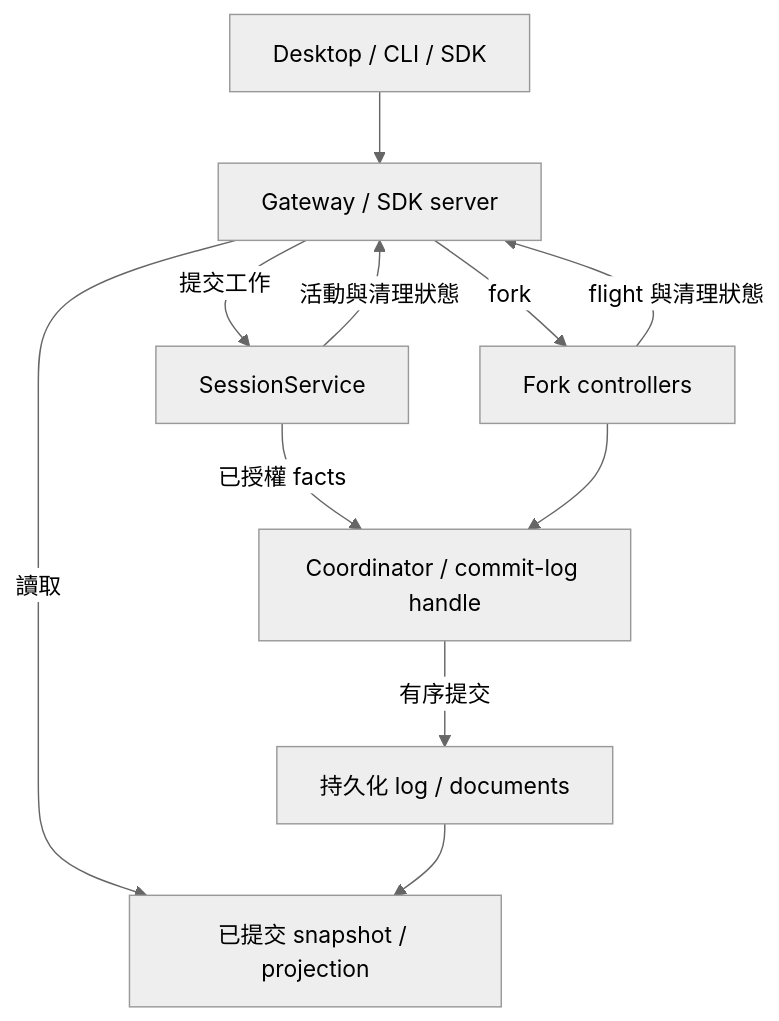
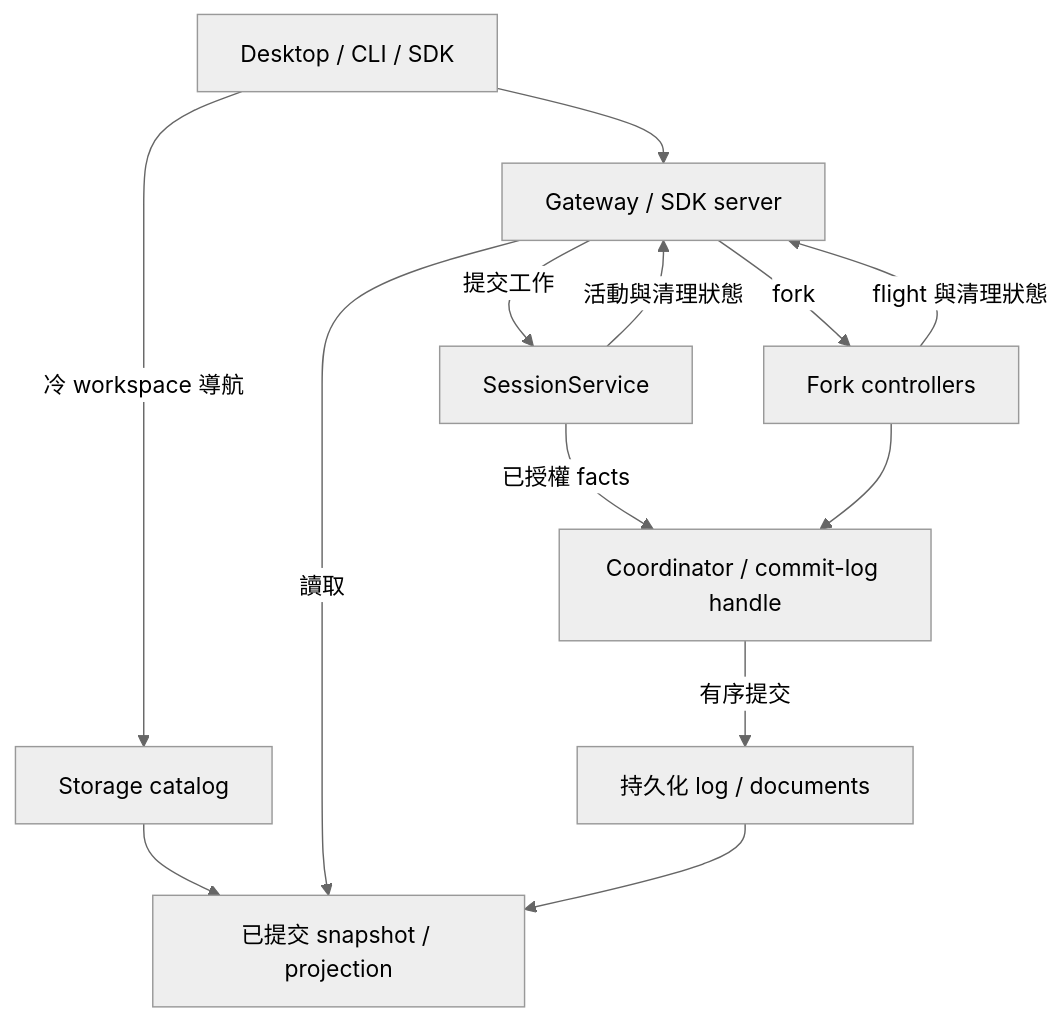
Before and after one commit to ivankwanpn/I-harness: the diagram in docs/design/2026-11-10-runtime-stability-redesign.md, drawn with Mermaid (neutral theme). The commit also changed other lines of this file, not shown here.

````diff
--- a/docs/design/2026-11-10-runtime-stability-redesign.md
+++ b/docs/design/2026-11-10-runtime-stability-redesign.md
@@ -135,13 +330,15 @@
 ```mermaid
 flowchart TD
     UI[Desktop / CLI / SDK] --> Gateway[Gateway / SDK server]
+    UI -->|冷 workspace 導航| Catalog[Storage catalog]
+    Catalog --> Read[已提交 snapshot / projection]
     Gateway -->|讀取| Read[已提交 snapshot / projection]
     Gateway -->|提交工作| Service[SessionService]
     Gateway -->|fork| Fork[Fork controllers]
     Service -->|已授權 facts| Writer[Coordinator / commit-log handle]
     Fork --> Writer
     Writer -->|有序提交| Storage[持久化 log / documents]
     Storage --> Read
     Service -->|活動與清理狀態| Gateway
     Fork -->|flight 與清理狀態| Gateway
 ```
````
